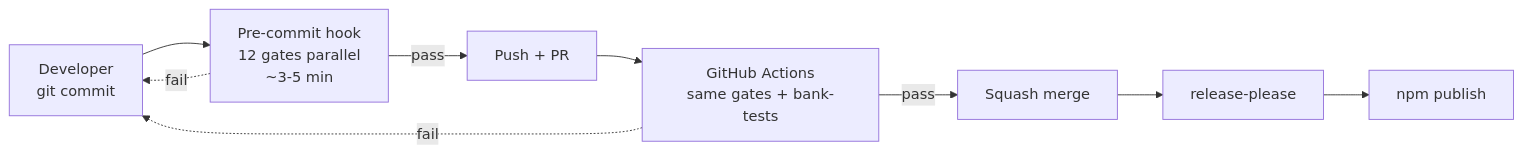
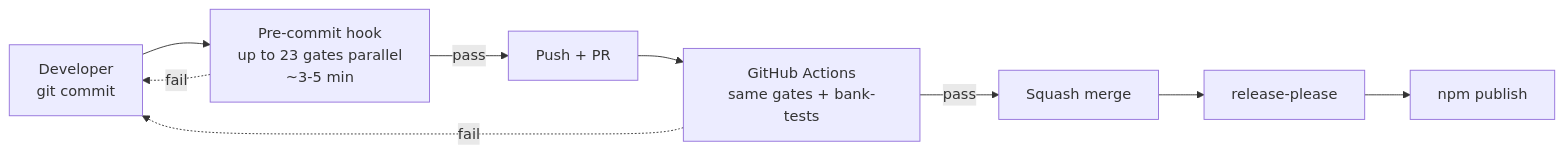
One commit to sergienko4/israeli-bank-scrapers changed the diagram in docs/workflow/index.md. Above: the diagram before and after it, drawn with Mermaid. The commit also changed other lines of this file and 5 other files, not shown here.

First line of the commit message:
docs: align the quoted pre-commit gate count

````diff
--- a/docs/workflow/index.md
+++ b/docs/workflow/index.md
@@ -23,18 +23,18 @@
 ```mermaid
 flowchart LR
     DEV[Developer<br/>git commit]
-    PCH[Pre-commit hook<br/>12 gates parallel<br/>~3-5 min]
+    PCH[Pre-commit hook<br/>up to 23 gates parallel<br/>~3-5 min]
     PR[Push + PR]
     CI[GitHub Actions<br/>same gates + bank-tests]
     MERGE[Squash merge]
     RP[release-please]
     PUB[npm publish]
 
     DEV --> PCH
     PCH -.->|"fail"| DEV
     PCH -->|"pass"| PR
     PR --> CI
     CI -.->|"fail"| DEV
     CI -->|"pass"| MERGE
     MERGE --> RP --> PUB
 ```
````
